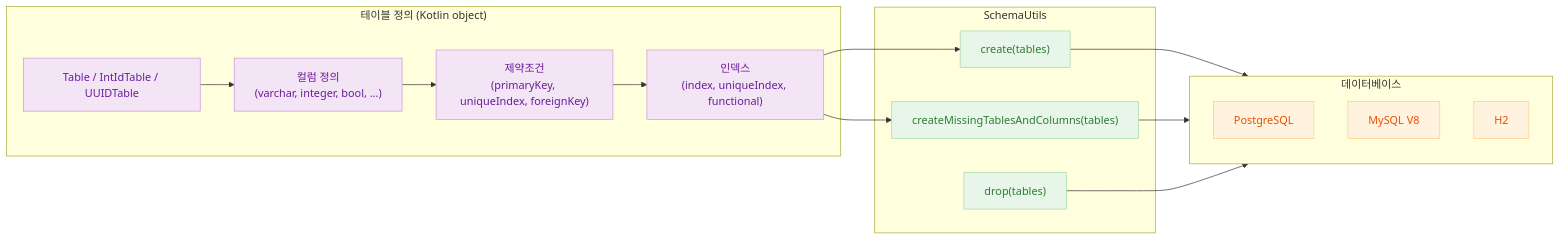
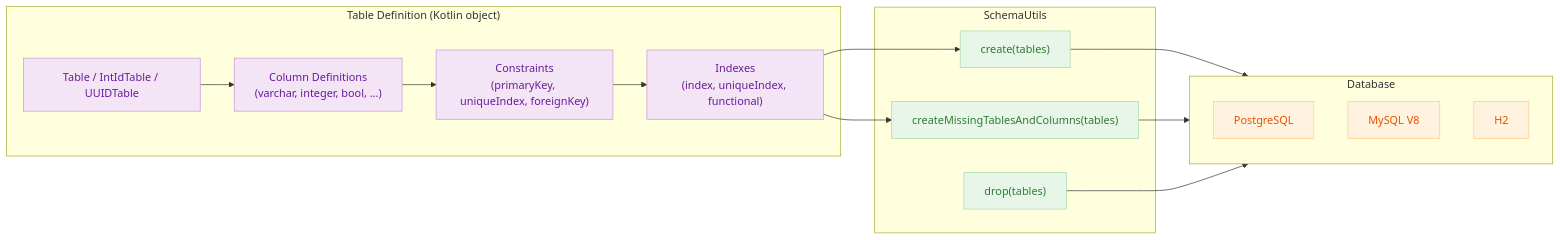
Before and after one commit to bluetape4k/exposed-workshop: the first of 3 diagrams in 04-exposed-ddl/02-ddl/README.md, drawn with Mermaid. The commit also changed other lines of this file and 115 other files, not shown here.

````diff
--- a/04-exposed-ddl/02-ddl/README.md
+++ b/04-exposed-ddl/02-ddl/README.md
@@ -24,34 +24,34 @@
 ```mermaid
 flowchart LR
-    subgraph TableDef["테이블 정의 (Kotlin object)"]
+    subgraph TableDef["Table Definition (Kotlin object)"]
         T1["Table / IntIdTable / UUIDTable"]
-        COL["컬럼 정의\n(varchar, integer, bool, ...)"]
-        CONS["제약조건\n(primaryKey, uniqueIndex, foreignKey)"]
-        IDX["인덱스\n(index, uniqueIndex, functional)"]
+        COL["Column Definitions\n(varchar, integer, bool, ...)"]
+        CONS["Constraints\n(primaryKey, uniqueIndex, foreignKey)"]
+        IDX["Indexes\n(index, uniqueIndex, functional)"]
     end
 
     subgraph SchemaUtils["SchemaUtils"]
         CR["create(tables)"]
         CM["createMissingTablesAndColumns(tables)"]
         DR["drop(tables)"]
     end
 
-    subgraph DB["데이터베이스"]
+    subgraph DB["Database"]
         PG["PostgreSQL"]
         MY["MySQL V8"]
         H2["H2"]
     end
 
     T1 --> COL --> CONS --> IDX
     IDX --> CR & CM
     CR & CM --> DB
     DR --> DB
 
     classDef purple fill:#F3E5F5,stroke:#CE93D8,color:#6A1B9A
     classDef green fill:#E8F5E9,stroke:#A5D6A7,color:#2E7D32
     classDef orange fill:#FFF3E0,stroke:#FFCC80,color:#E65100
 
     class T1,COL,CONS,IDX purple
     class CR,CM,DR green
     class PG,MY,H2 orange
 ```
````
